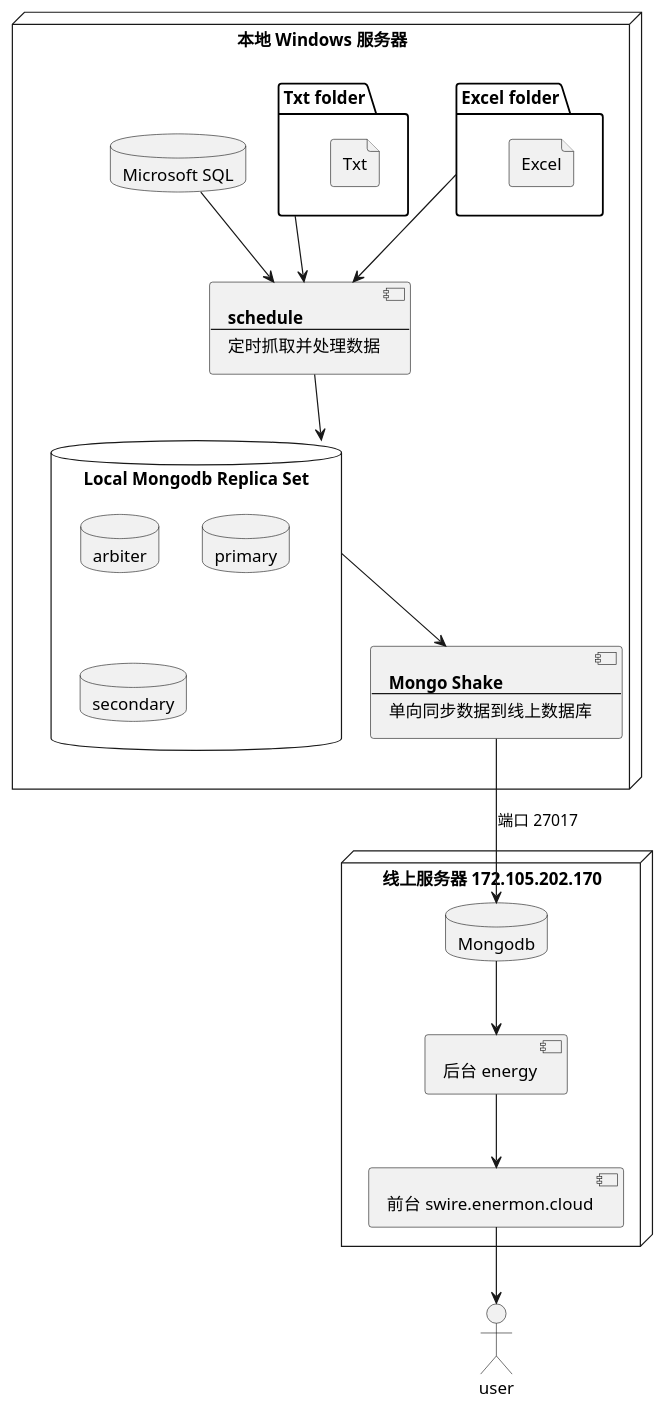
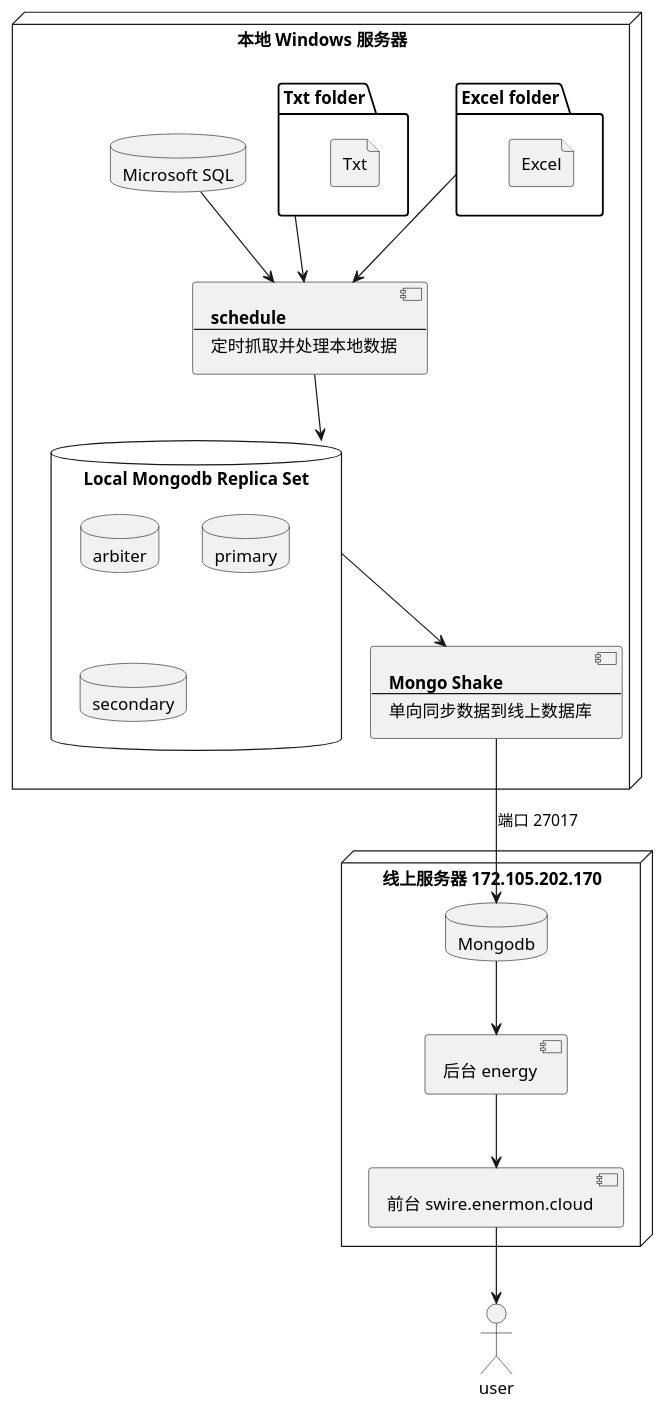
The diagram in pu/src/now.pu (joehecn/swire-docs), drawn with PlantUML before and after one commit. The commit also changed 11 other files, not shown here.

```diff
--- a/pu/src/now.pu
+++ b/pu/src/now.pu
@@ -1,60 +1,60 @@
 @startuml now
   ' 定义变量 -------------------------------
   ' 本地 windows 服务器
   node "本地 Windows 服务器" as windows {
     ' MS Sql
     database "Microsoft SQL" as mssql
     ' Excel file
     folder "Excel folder" as excel {
       file "Excel"
     }
     ' Txt file
     folder "Txt folder" as txt {
       file "Txt"
     }
 
     ' 定时抓取数据
     component schedule [
       <b>schedule
       ----
-      定时抓取并处理数据
+      定时抓取并处理本地数据
     ]
 
     ' Local Mongodb
     database "Local Mongodb Replica Set" as localdb {
       database arbiter
       database primary
       database secondary
     }
     ' 单项同步
     component shake [
       <b>Mongo Shake
       ----
       单向同步数据到线上数据库
     ]
   }
 
   ' 线上 linux 服务器 http://swire.enermon.cloud/
   node "线上服务器 172.105.202.170" as linux {
     ' web
     component "前台 swire.enermon.cloud" as web
     component "后台 energy" as energy
 
     database "Mongodb" as db
   }
 
   actor user
 
   ' 关系
   mssql --> schedule
   excel --> schedule
   txt --> schedule
   schedule --> localdb
   localdb --> shake
 
   shake --> db : 端口 27017
   db --> energy
   energy --> web
   web --> user
   
 @enduml
```
